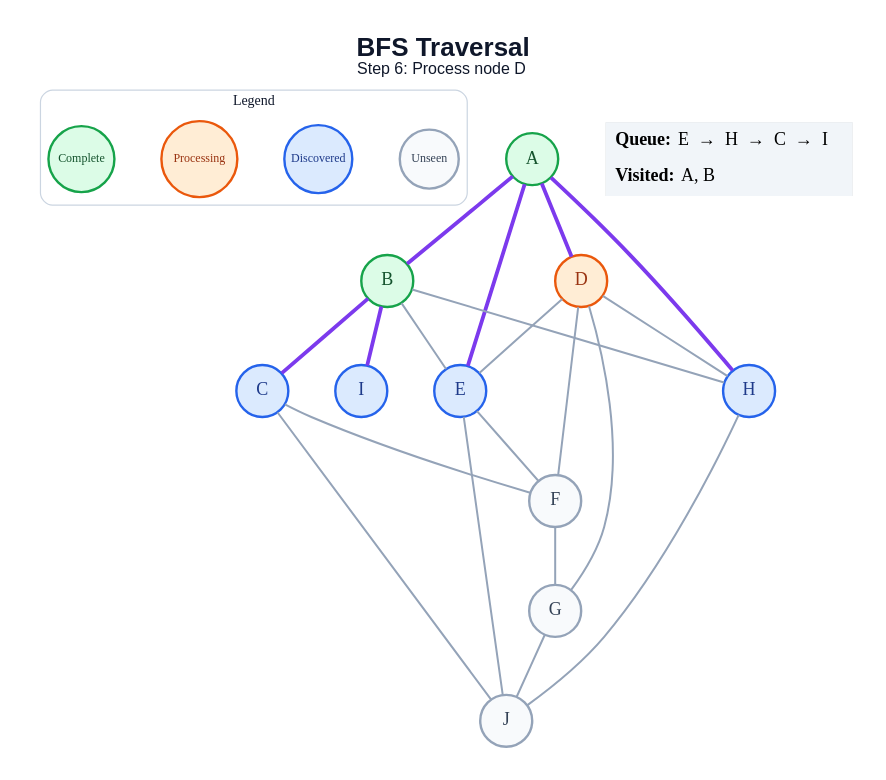
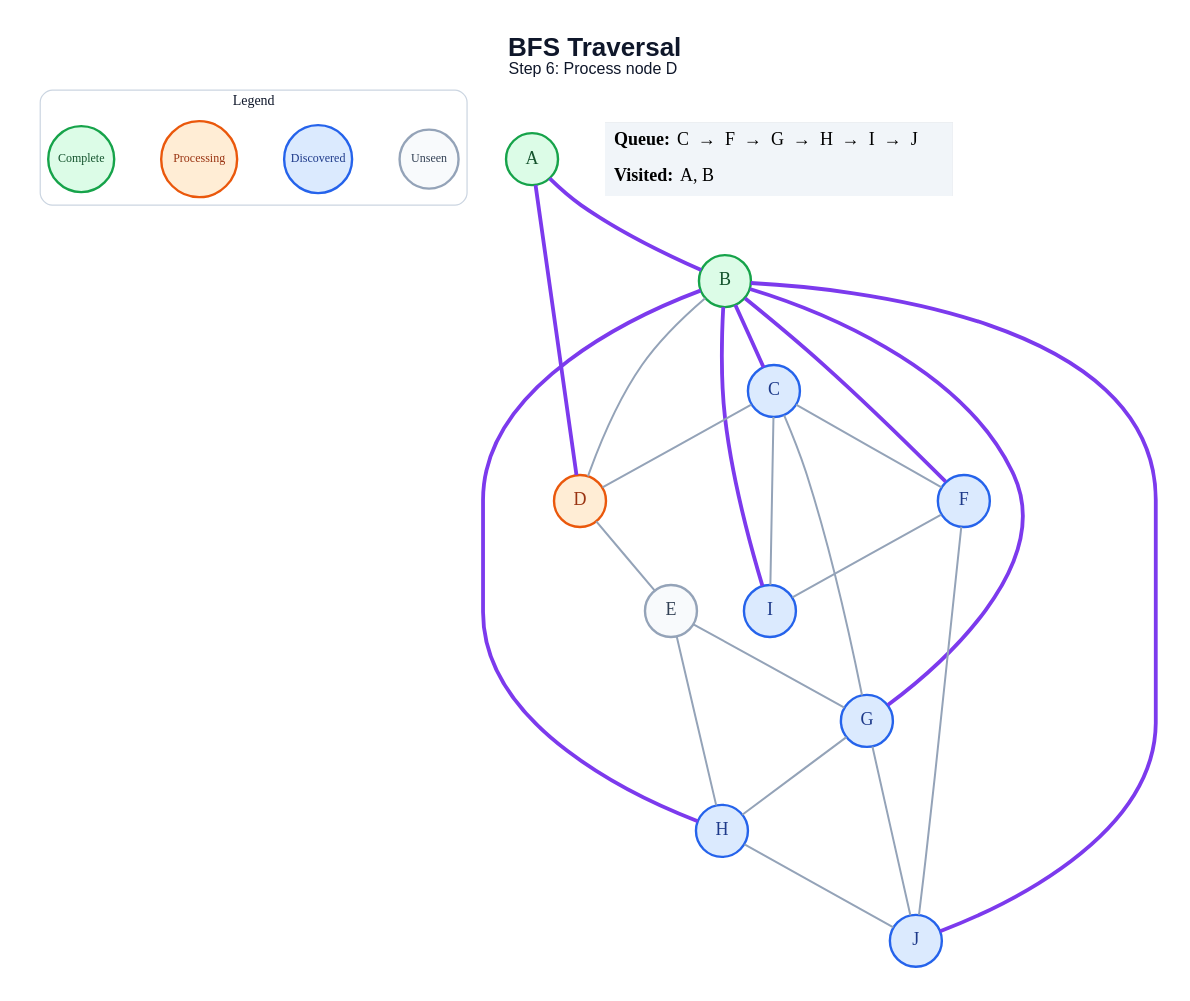
One commit to amanghodawala9/ai-slop changed the diagram in generated/bfs/step_06.dot. Above: the diagram before and after it, drawn with Graphviz. The commit also changed 178 other files, not shown here.

```diff
--- a/generated/bfs/step_06.dot
+++ b/generated/bfs/step_06.dot
@@ -1,48 +1,50 @@
 graph traversal {
   graph [layout=dot, rankdir=TB, bgcolor="#FFFFFF", pad="0.35", nodesep="0.65", ranksep="0.8", fontname="Arial"];
   node [shape=circle, style="filled", fontname="Arial Bold", fontsize=18, width=0.72, fixedsize=true, penwidth=2.4];
   edge [color="#94A3B8", penwidth=2.0];
   label=<<B>BFS Traversal</B><BR/><FONT POINT-SIZE="16">Step 6: Process node D</FONT>>; labelloc="t"; fontsize=26; fontname="Arial"; fontcolor="#0F172A";
   subgraph cluster_legend { label="Legend"; color="#CBD5E1"; penwidth=1.2; style="rounded"; fontsize=14; fontname="Arial Bold";
     key_unseen [label="Unseen", fillcolor="#F8FAFC", color="#94A3B8", fontcolor="#334155", fontsize=12, width=0.82];
     key_frontier [label="Discovered", fillcolor="#DBEAFE", color="#2563EB", fontcolor="#1E3A8A", fontsize=12, width=0.95];
     key_current [label="Processing", fillcolor="#FFEDD5", color="#EA580C", fontcolor="#9A3412", fontsize=12, width=1.05];
     key_done [label="Complete", fillcolor="#DCFCE7", color="#16A34A", fontcolor="#14532D", fontsize=12, width=0.92];
     { rank=same; key_unseen; key_frontier; key_current; key_done; }
   }
   A [fillcolor="#DCFCE7", color="#16A34A", fontcolor="#14532D"];
   B [fillcolor="#DCFCE7", color="#16A34A", fontcolor="#14532D"];
   C [fillcolor="#DBEAFE", color="#2563EB", fontcolor="#1E3A8A"];
   D [fillcolor="#FFEDD5", color="#EA580C", fontcolor="#9A3412"];
-  E [fillcolor="#DBEAFE", color="#2563EB", fontcolor="#1E3A8A"];
-  F [fillcolor="#F8FAFC", color="#94A3B8", fontcolor="#334155"];
-  G [fillcolor="#F8FAFC", color="#94A3B8", fontcolor="#334155"];
+  E [fillcolor="#F8FAFC", color="#94A3B8", fontcolor="#334155"];
+  F [fillcolor="#DBEAFE", color="#2563EB", fontcolor="#1E3A8A"];
+  G [fillcolor="#DBEAFE", color="#2563EB", fontcolor="#1E3A8A"];
   H [fillcolor="#DBEAFE", color="#2563EB", fontcolor="#1E3A8A"];
   I [fillcolor="#DBEAFE", color="#2563EB", fontcolor="#1E3A8A"];
-  J [fillcolor="#F8FAFC", color="#94A3B8", fontcolor="#334155"];
+  J [fillcolor="#DBEAFE", color="#2563EB", fontcolor="#1E3A8A"];
   A -- B [color="#7C3AED", penwidth=3.8];
   A -- D [color="#7C3AED", penwidth=3.8];
-  A -- E [color="#7C3AED", penwidth=3.8];
-  A -- H [color="#7C3AED", penwidth=3.8];
   B -- C [color="#7C3AED", penwidth=3.8];
-  B -- E;
-  B -- H;
+  B -- D;
+  B -- F [color="#7C3AED", penwidth=3.8];
+  B -- G [color="#7C3AED", penwidth=3.8];
+  B -- H [color="#7C3AED", penwidth=3.8];
   B -- I [color="#7C3AED", penwidth=3.8];
+  B -- J [color="#7C3AED", penwidth=3.8];
+  C -- D;
   C -- F;
-  C -- J;
+  C -- G;
+  C -- I;
   D -- E;
-  D -- F;
-  D -- G;
-  D -- H;
-  E -- F;
-  E -- J;
-  F -- G;
+  E -- G;
+  E -- H;
+  F -- I;
+  F -- J;
+  G -- H;
   G -- J;
   H -- J;
   status [shape=plain, fixedsize=false, width=0, height=0, margin=0, label=<
     <TABLE BORDER="0" CELLBORDER="0" CELLPADDING="7" BGCOLOR="#F1F5F9">
-      <TR><TD ALIGN="LEFT"><B>Queue:</B> E  →  H  →  C  →  I</TD></TR>
+      <TR><TD ALIGN="LEFT"><B>Queue:</B> C  →  F  →  G  →  H  →  I  →  J</TD></TR>
       <TR><TD ALIGN="LEFT"><B>Visited:</B> A, B</TD></TR>
     </TABLE>
   >];
 }
```
